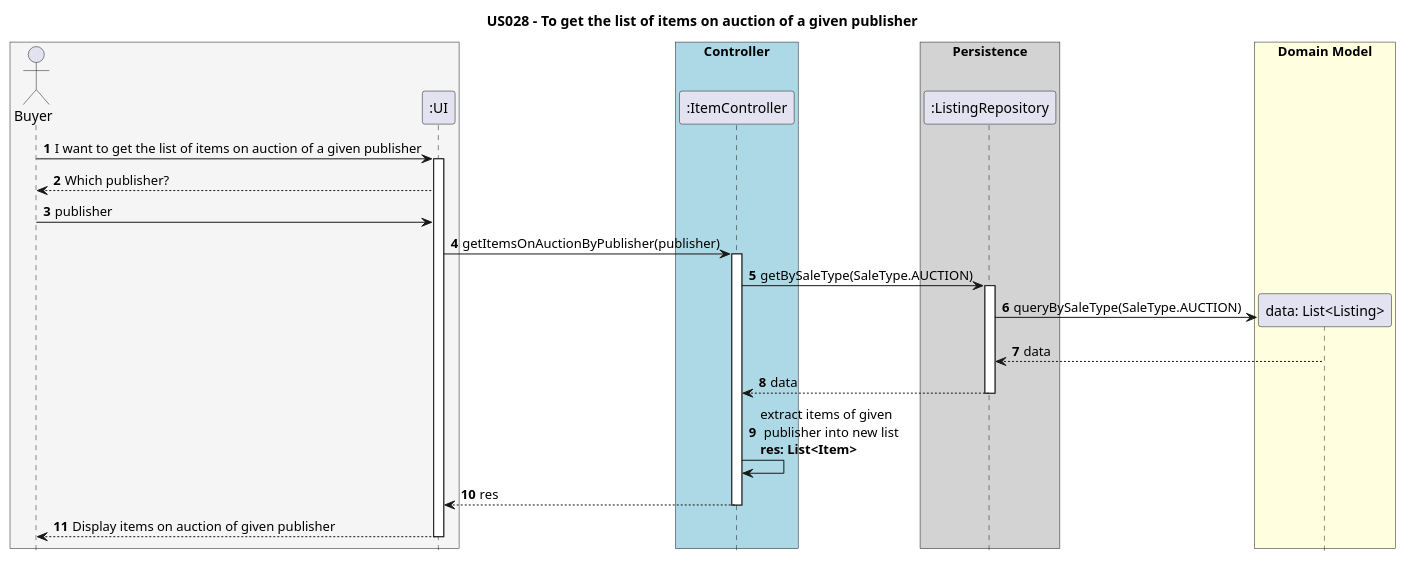
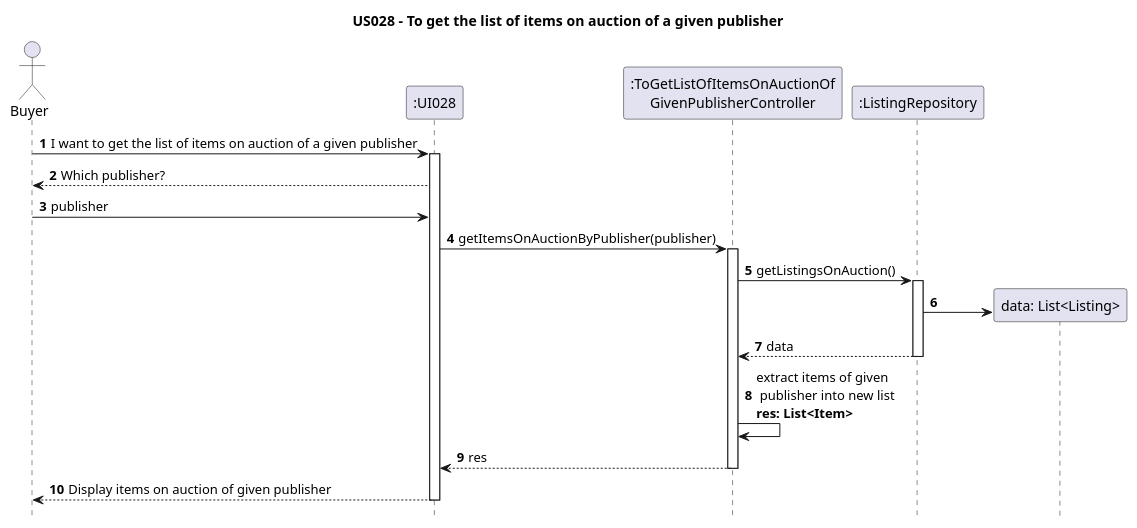
The diagram in Diagrams/SequenceDiagrams/N2/US028-to-get-list-of-items-on-auction-of-given-publisher.puml (AndrePereiraGitH/SWitCH-Project-Team_A), drawn with PlantUML before and after one commit. The commit also changed 3 other files, not shown here.

```diff
--- a/Diagrams/SequenceDiagrams/N2/US028-to-get-list-of-items-on-auction-of-given-publisher.puml
+++ b/Diagrams/SequenceDiagrams/N2/US028-to-get-list-of-items-on-auction-of-given-publisher.puml
@@ -1,50 +1,50 @@
 @startuml
 
 hide footbox
 autonumber
 title US028 - To get the list of items on auction of a given publisher
 
-box #WhiteSmoke
+
 actor Buyer
-participant ":UI" as UI028
-end box
+participant ":UI028" as UI028
 
-box "Controller" #LightBlue
-participant ":ItemController" as Controller
-end box
 
-box "Persistence" #LightGrey
+
+participant ":ToGetListOfItemsOnAuctionOf\nGivenPublisherController" as Controller
+
+
+
 participant ":ListingRepository" as Repository
-end box
+
 
 Buyer -> UI028 : I want to get the list of items on auction of a given publisher
 activate UI028
 Buyer <-- UI028 : Which publisher?
 Buyer -> UI028 : publisher
 
 UI028 -> Controller : getItemsOnAuctionByPublisher(publisher)
 activate Controller
 
-Controller -> Repository : getBySaleType(SaleType.AUCTION)
+Controller -> Repository : getListingsOnAuction()
 activate Repository
 
 
 
-box "Domain Model" #LightYellow
+
 create "data: List<Listing>" as Listing
-Repository -> Listing : queryBySaleType(SaleType.AUCTION)
-Listing --> Repository : data
-end box
+Repository -> Listing
+
+
 
 Repository --> Controller : data
 deactivate Repository
 
 Controller -> Controller : extract items of given\n publisher into new list\n**res: List<Item>**
 
 Controller --> UI028 : res
 deactivate Controller
 
 UI028 --> Buyer : Display items on auction of given publisher
 deactivate UI028
 
 @enduml
```
